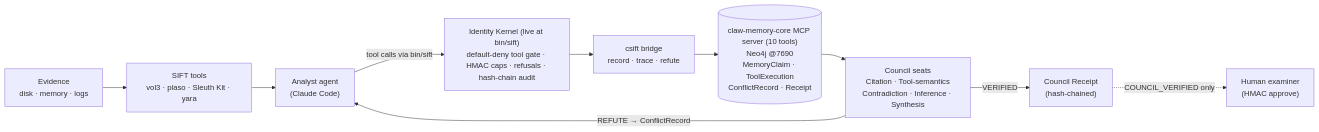
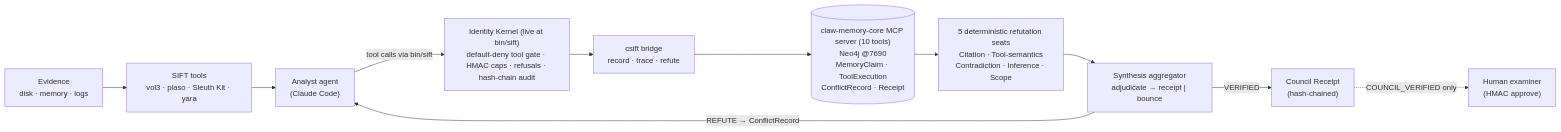
The diagram in README.md (davfd/council-sift), drawn with Mermaid before and after one commit. The commit also changed other lines of this file and 6 other files, not shown here.

````diff
--- a/README.md
+++ b/README.md
@@ -187,12 +187,13 @@
 ```mermaid
 flowchart LR
   EV["Evidence<br/>disk · memory · logs"] --> TOOLS["SIFT tools<br/>vol3 · plaso · Sleuth Kit · yara"]
   TOOLS --> ANALYST["Analyst agent<br/>(Claude Code)"]
   ANALYST -- "tool calls via bin/sift" --> KERNEL["Identity Kernel (live at bin/sift)<br/>default-deny tool gate · HMAC caps · refusals · hash-chain audit"]
   KERNEL --> BRIDGE["csift bridge<br/>record · trace · refute"]
   BRIDGE --> MEM[("claw-memory-core MCP server (10 tools)<br/>Neo4j @7690<br/>MemoryClaim · ToolExecution<br/>ConflictRecord · Receipt")]
-  MEM --> COUNCIL["Council seats<br/>Citation · Tool-semantics<br/>Contradiction · Inference · Synthesis"]
-  COUNCIL -- "REFUTE → ConflictRecord" --> ANALYST
-  COUNCIL -- "VERIFIED" --> RECEIPT["Council Receipt<br/>(hash-chained)"]
+  MEM --> COUNCIL["5 deterministic refutation seats<br/>Citation · Tool-semantics<br/>Contradiction · Inference · Scope"]
+  COUNCIL --> SYN["Synthesis aggregator<br/>adjudicate → receipt | bounce"]
+  SYN -- "REFUTE → ConflictRecord" --> ANALYST
+  SYN -- "VERIFIED" --> RECEIPT["Council Receipt<br/>(hash-chained)"]
   RECEIPT -. "COUNCIL_VERIFIED only" .-> HUMAN["Human examiner<br/>(HMAC approve)"]
 ```
````
